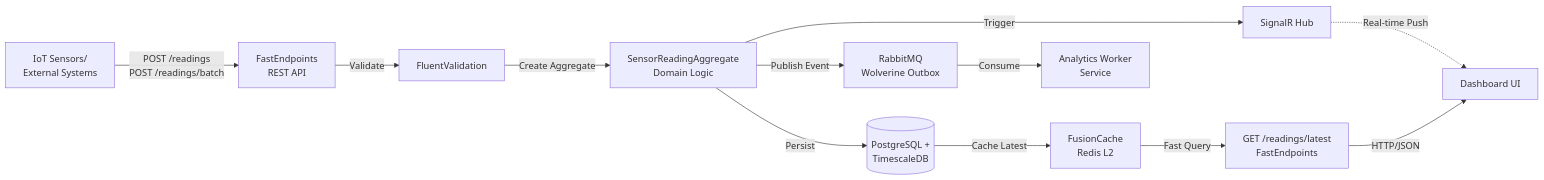
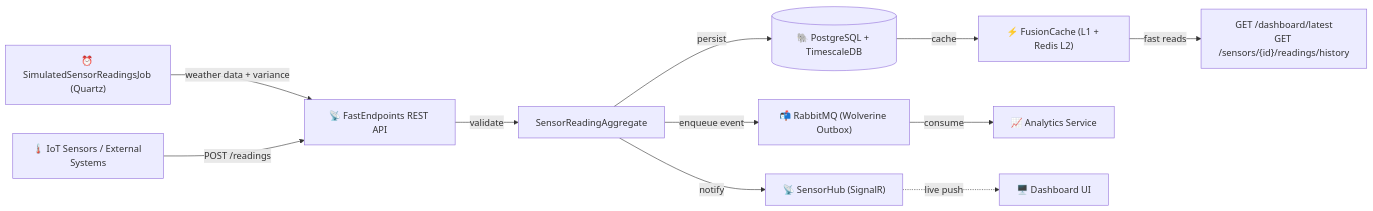
Before and after one commit to rdpresser/tc-agro-sensor-ingest-service: the first of 2 diagrams in README.md, drawn with Mermaid. The commit also changed other lines of this file, not shown here.

````diff
--- a/README.md
+++ b/README.md
@@ -51,14 +51,25 @@
 ```mermaid
 graph LR
-    A[IoT Sensors/<br/>External Systems] -->|POST /readings<br/>POST /readings/batch| B[FastEndpoints<br/>REST API]
-    B -->|Validate| C[FluentValidation]
-    C -->|Create Aggregate| D[SensorReadingAggregate<br/>Domain Logic]
-    D -->|Persist| E[(PostgreSQL +<br/>TimescaleDB)]
-    D -->|Publish Event| F[RabbitMQ<br/>Wolverine Outbox]
-    E -->|Cache Latest| G[FusionCache<br/>Redis L2]
-    F -->|Consume| H[Analytics Worker<br/>Service]
-    D -->|Trigger| I[SignalR Hub]
-    I -.Real-time Push.-> J[Dashboard UI]
-    G -->|Fast Query| K[GET /readings/latest<br/>FastEndpoints]
-    K -->|HTTP/JSON| J
+    Job["⏰ SimulatedSensorReadingsJob (Quartz)"]
+    External["🌡️ IoT Sensors / External Systems"]
+    API["📡 FastEndpoints REST API"]
+    Agg["SensorReadingAggregate"]
+    DB[("🐘 PostgreSQL + TimescaleDB")]
+    MQ["📬 RabbitMQ (Wolverine Outbox)"]
+    Cache["⚡ FusionCache (L1 + Redis L2)"]
+    Analytics["📈 Analytics Service"]
+    Hub["📡 SensorHub (SignalR)"]
+    UI["🖥️ Dashboard UI"]
+    Reads["GET /dashboard/latest\nGET /sensors/{id}/readings/history"]
+
+    Job -->|weather data + variance| API
+    External -->|POST /readings| API
+    API -->|validate| Agg
+    Agg -->|persist| DB
+    Agg -->|enqueue event| MQ
+    DB -->|cache| Cache
+    MQ -->|consume| Analytics
+    Agg -->|notify| Hub
+    Hub -.live push.-> UI
+    Cache -->|fast reads| Reads
 ```
````
